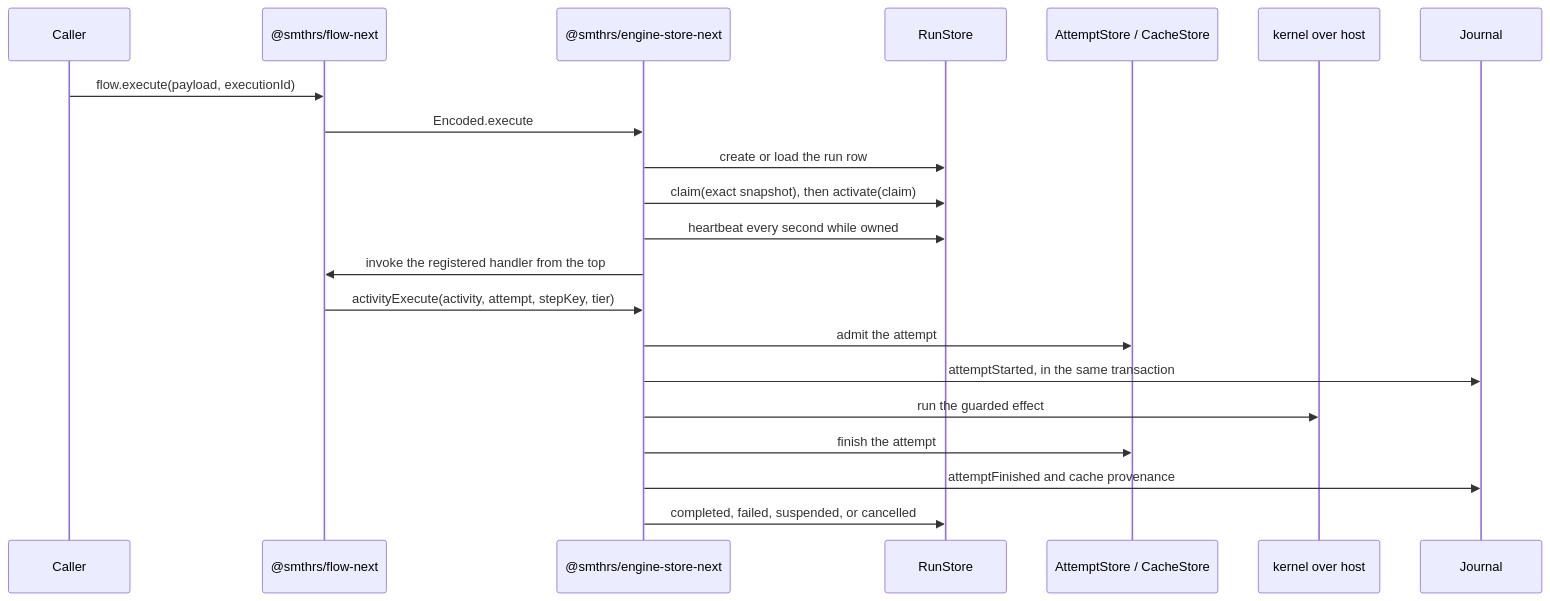
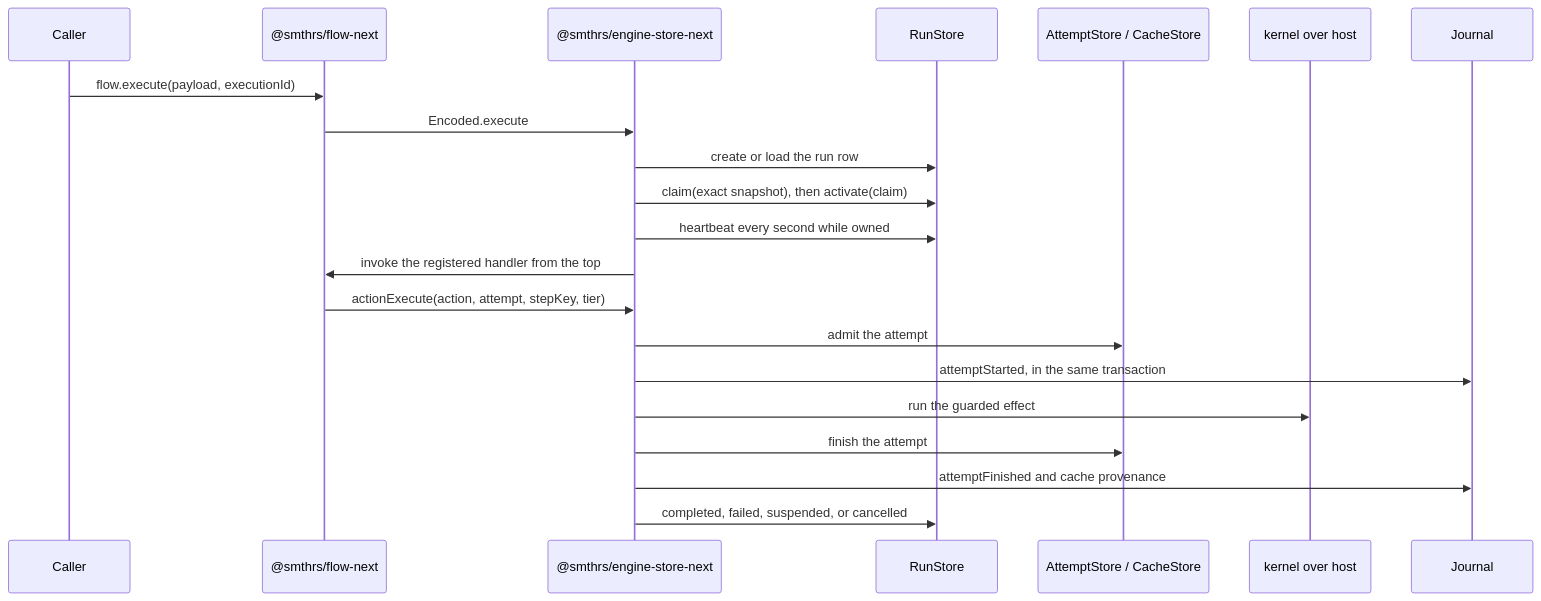
Before and after one commit to smithersai/flows: the second of 2 diagrams in docs/pages/architecture.md, drawn with Mermaid. The commit also changed other lines of this file and 230 other files, not shown here.

First line of the commit message:
♻️ refactor: rename the Activity concept to Action

````diff
--- a/docs/pages/architecture.md
+++ b/docs/pages/architecture.md
@@ -118,24 +118,24 @@
 ```mermaid
 sequenceDiagram
   participant Caller
   participant Flow as @smthrs/flow-next
   participant Driver as @smthrs/engine-store-next
   participant Runs as RunStore
   participant Rows as AttemptStore / CacheStore
   participant Host as kernel over host
   participant Log as Journal
 
   Caller->>Flow: flow.execute(payload, executionId)
   Flow->>Driver: Encoded.execute
   Driver->>Runs: create or load the run row
   Driver->>Runs: claim(exact snapshot), then activate(claim)
   Driver->>Runs: heartbeat every second while owned
   Driver->>Flow: invoke the registered handler from the top
-  Flow->>Driver: activityExecute(activity, attempt, stepKey, tier)
+  Flow->>Driver: actionExecute(action, attempt, stepKey, tier)
   Driver->>Rows: admit the attempt
   Driver->>Log: attemptStarted, in the same transaction
   Driver->>Host: run the guarded effect
   Driver->>Rows: finish the attempt
   Driver->>Log: attemptFinished and cache provenance
   Driver->>Runs: completed, failed, suspended, or cancelled
 ```
````
